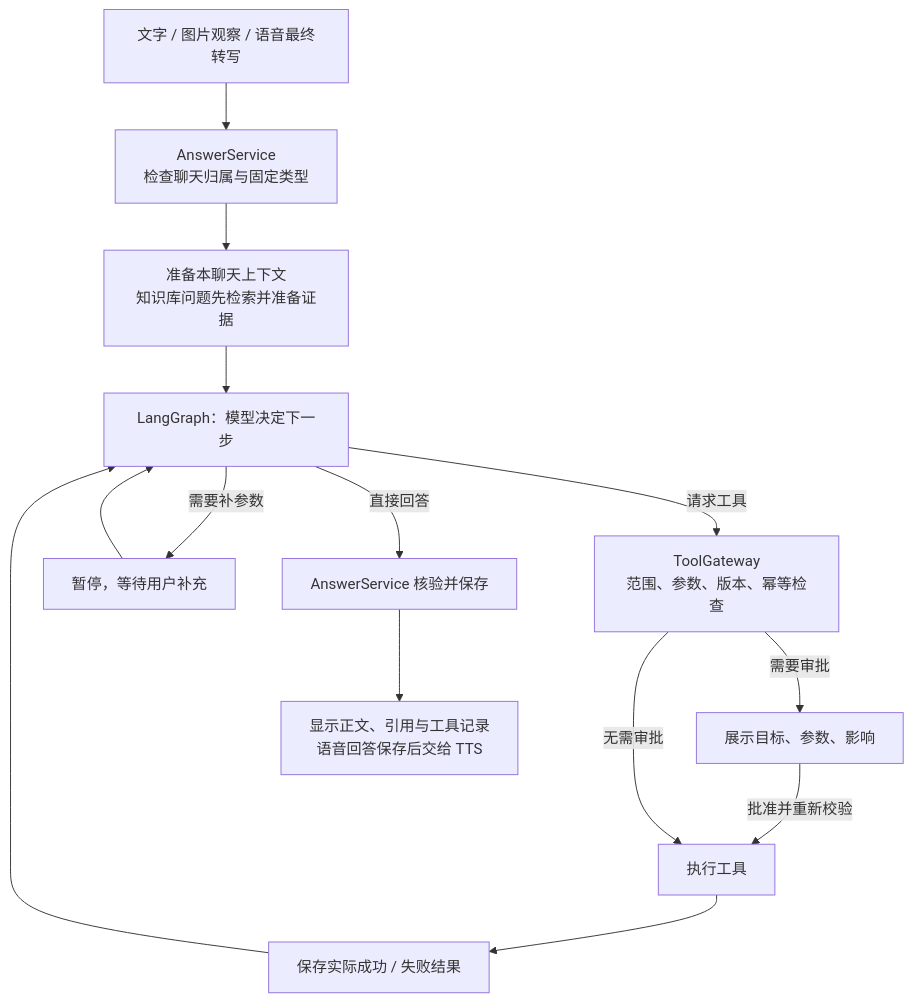
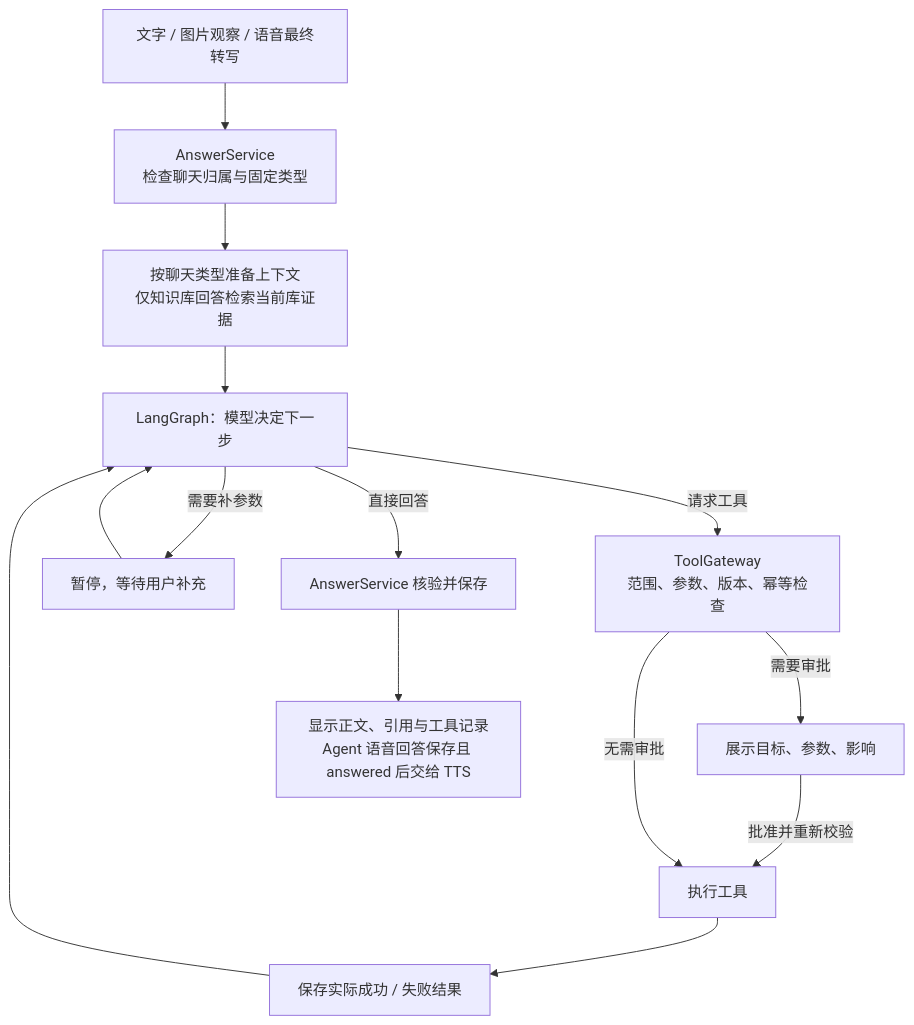
One commit to JX05120LLL/CiteRAG changed the diagram in README.md. Above: the diagram before and after it, drawn with Mermaid. The commit also changed other lines of this file and 9 other files, not shown here.

````diff
--- a/README.md
+++ b/README.md
@@ -149,16 +159,16 @@
 ```mermaid
 flowchart TD
     A["文字 / 图片观察 / 语音最终转写"] --> B["AnswerService<br/>检查聊天归属与固定类型"]
-    B --> C["准备本聊天上下文<br/>知识库问题先检索并准备证据"]
+    B --> C["按聊天类型准备上下文<br/>仅知识库回答检索当前库证据"]
     C --> D["LangGraph：模型决定下一步"]
     D -->|直接回答| E["AnswerService 核验并保存"]
     D -->|需要补参数| F["暂停，等待用户补充"]
     F --> D
     D -->|请求工具| G["ToolGateway<br/>范围、参数、版本、幂等检查"]
     G -->|需要审批| H["展示目标、参数、影响"]
     H -->|批准并重新校验| I["执行工具"]
     G -->|无需审批| I
     I --> J["保存实际成功 / 失败结果"]
     J --> D
-    E --> K["显示正文、引用与工具记录<br/>语音回答保存后交给 TTS"]
+    E --> K["显示正文、引用与工具记录<br/>Agent 语音回答保存且 answered 后交给 TTS"]
 ```
````
